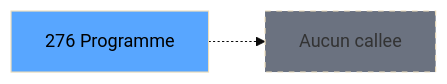
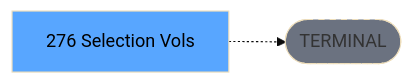
One commit to thonyAGP/lecteur-magic changed the third of 3 diagrams in .openspec/renders/ADH-IDE-276.md. Above: the diagram before and after it, drawn with Mermaid (base theme). The commit also changed other lines of this file and 701 other files, not shown here.

````diff
--- a/.openspec/renders/ADH-IDE-276.md
+++ b/.openspec/renders/ADH-IDE-276.md
@@ -154,8 +134,8 @@
 ```mermaid
 graph LR
-    T[276 Programme]
-    NONE[Aucun callee]
-    T -.-> NONE
+    T[276 Selection Vols]
+    TERM([TERMINAL])
+    T -.-> TERM
+    style TERM fill:#6b7280,stroke-dasharray: 5 5
     style T fill:#58a6ff,color:#000
-    style NONE fill:#6b7280,stroke-dasharray: 5 5
 ```
````
